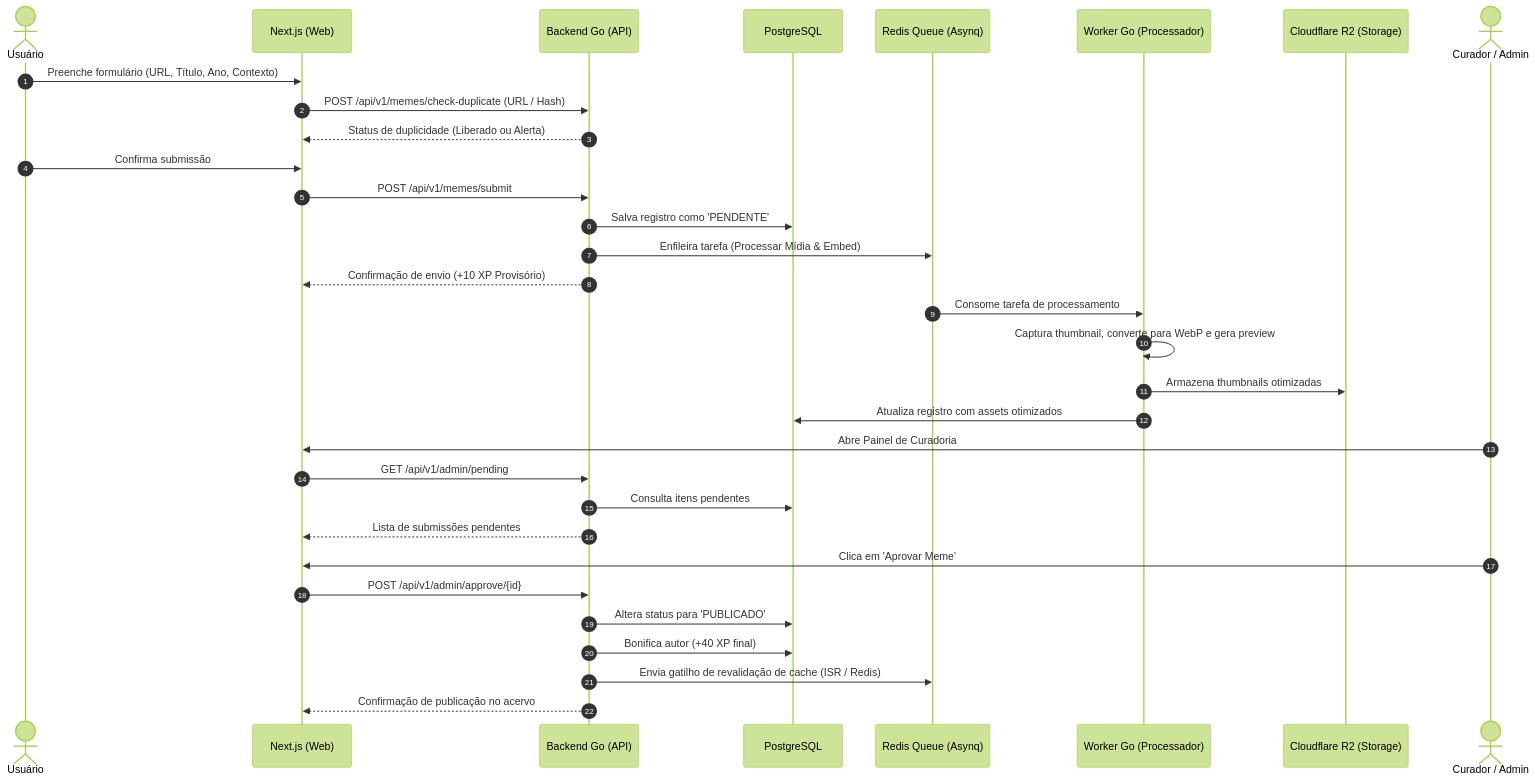
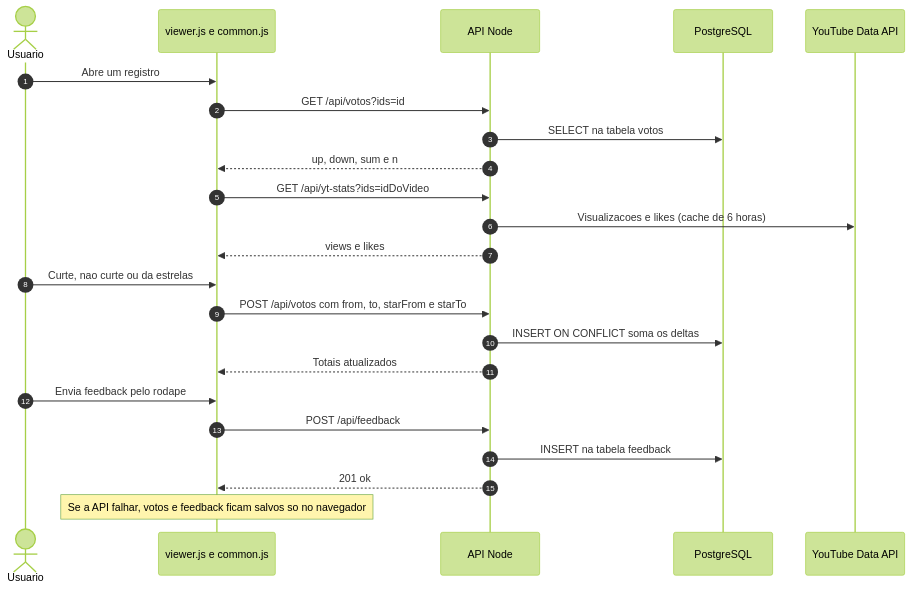
One commit to Subversivo011/xixa-2 changed the fourth of 6 diagrams in README.md. Above: the diagram before and after it, drawn with Mermaid (forest theme). The commit also changed other lines of this file and 27 other files, not shown here.

````diff
--- a/README.md
+++ b/README.md
@@ -202,39 +271,28 @@
 ```mermaid
 sequenceDiagram
     autonumber
-    actor U as Usuário
-    participant FE as Next.js (Web)
-    participant API as Backend Go (API)
+    actor U as Usuario
+    participant FE as viewer.js e common.js
+    participant API as API Node
     participant DB as PostgreSQL
-    participant Q as Redis Queue (Asynq)
-    participant W as Worker Go (Processador)
-    participant R2 as Cloudflare R2 (Storage)
-    actor MOD as Curador / Admin
+    participant YT as YouTube Data API
 
-    U->>FE: Preenche formulário (URL, Título, Ano, Contexto)
-    FE->>API: POST /api/v1/memes/check-duplicate (URL / Hash)
-    API-->>FE: Status de duplicidade (Liberado ou Alerta)
+    U->>FE: Abre um registro
+    FE->>API: GET /api/votos?ids=id
+    API->>DB: SELECT na tabela votos
+    API-->>FE: up, down, sum e n
+    FE->>API: GET /api/yt-stats?ids=idDoVideo
+    API->>YT: Visualizacoes e likes (cache de 6 horas)
+    API-->>FE: views e likes
 
-    U->>FE: Confirma submissão
-    FE->>API: POST /api/v1/memes/submit
-    API->>DB: Salva registro como 'PENDENTE'
-    API->>Q: Enfileira tarefa (Processar Mídia & Embed)
-    API-->>FE: Confirmação de envio (+10 XP Provisório)
+    U->>FE: Curte, nao curte ou da estrelas
+    FE->>API: POST /api/votos com from, to, starFrom e starTo
+    API->>DB: INSERT ON CONFLICT soma os deltas
+    API-->>FE: Totais atualizados
 
-    Q->>W: Consome tarefa de processamento
-    W->>W: Captura thumbnail, converte para WebP e gera preview
-    W->>R2: Armazena thumbnails otimizadas
-    W->>DB: Atualiza registro com assets otimizados
-
-    MOD->>FE: Abre Painel de Curadoria
-    FE->>API: GET /api/v1/admin/pending
-    API->>DB: Consulta itens pendentes
-    API-->>FE: Lista de submissões pendentes
-
-    MOD->>FE: Clica em 'Aprovar Meme'
-    FE->>API: POST /api/v1/admin/approve/{id}
-    API->>DB: Altera status para 'PUBLICADO'
-    API->>DB: Bonifica autor (+40 XP final)
-    API->>Q: Envia gatilho de revalidação de cache (ISR / Redis)
-    API-->>FE: Confirmação de publicação no acervo
+    U->>FE: Envia feedback pelo rodape
+    FE->>API: POST /api/feedback
+    API->>DB: INSERT na tabela feedback
+    API-->>FE: 201 ok
+    Note over FE: Se a API falhar, votos e feedback ficam salvos so no navegador
 ```
````
